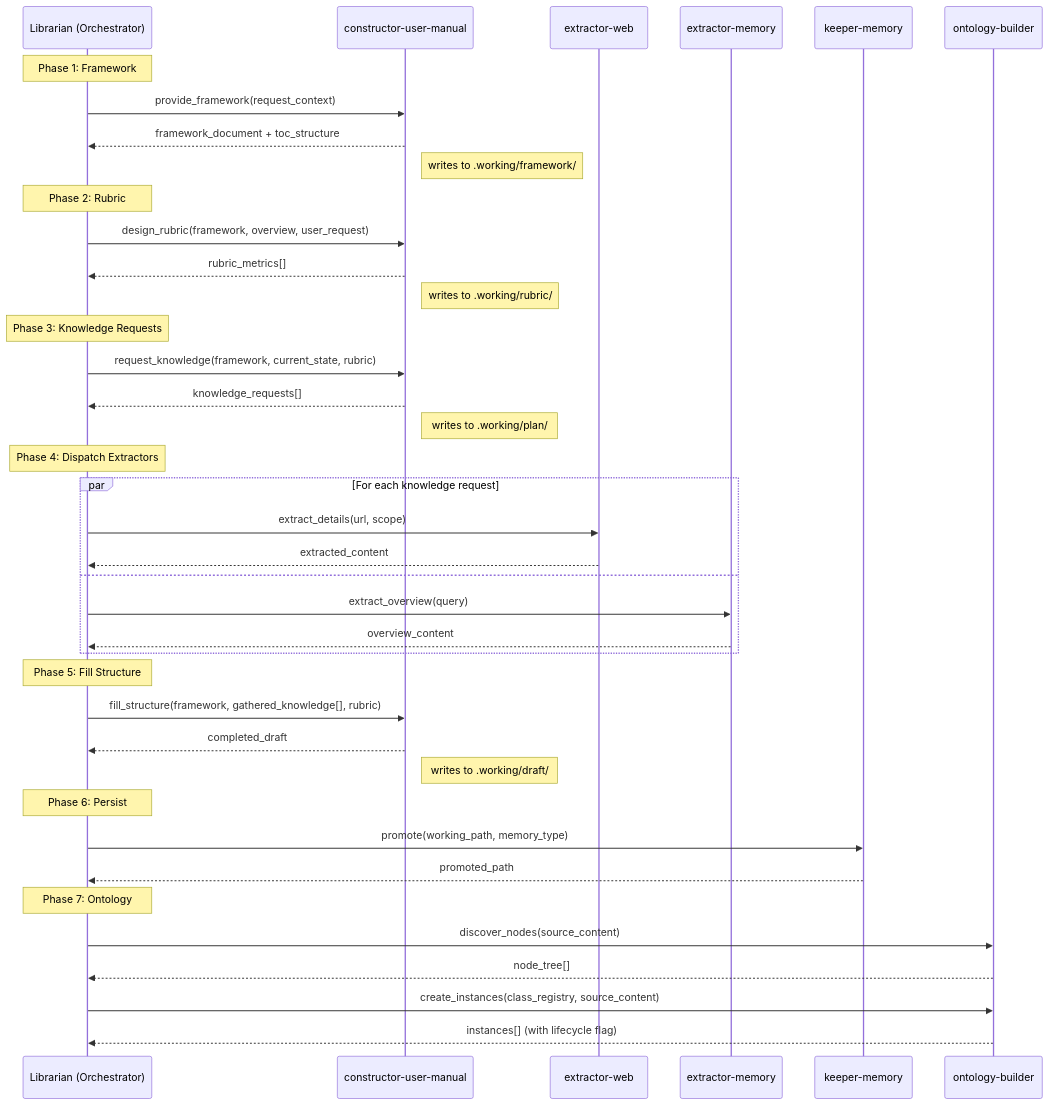
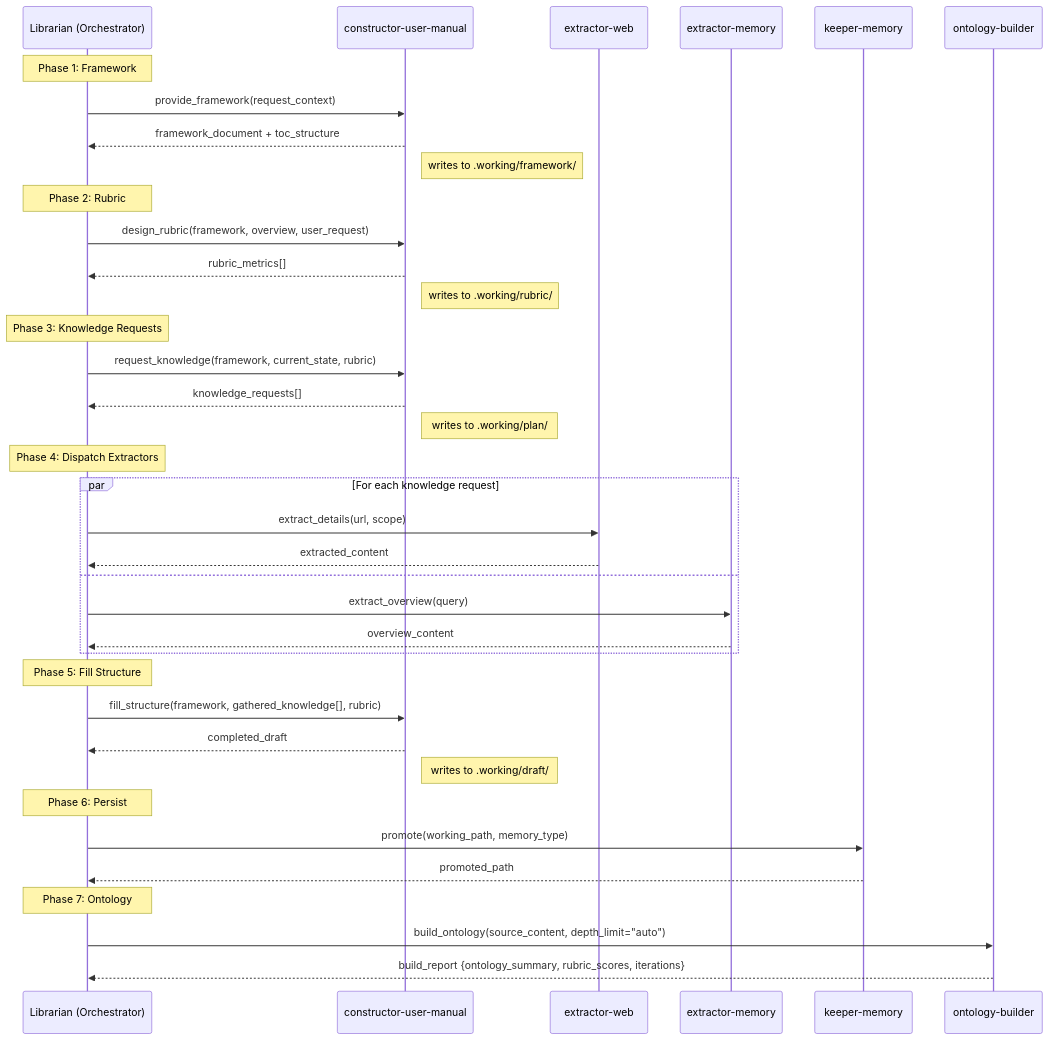
Before and after one commit to Young-Z/X-IPE: the first of 4 diagrams in x-ipe-docs/requirements/EPIC-059/FEATURE-059-C/technical-design.md, drawn with Mermaid. The commit also changed other lines of this file and 3 other files, not shown here.

First line of the commit message:
feat(ontology-builder): redesign to single build_ontology operation

````diff
--- a/x-ipe-docs/requirements/EPIC-059/FEATURE-059-C/technical-design.md
+++ b/x-ipe-docs/requirements/EPIC-059/FEATURE-059-C/technical-design.md
@@ -130,48 +135,46 @@
 ```mermaid
 sequenceDiagram
     participant L as Librarian (Orchestrator)
     participant CUM as constructor-user-manual
     participant EW as extractor-web
     participant EM as extractor-memory
     participant KM as keeper-memory
     participant OB as ontology-builder
 
     Note over L: Phase 1: Framework
     L->>CUM: provide_framework(request_context)
     CUM-->>L: framework_document + toc_structure
     Note right of CUM: writes to .working/framework/
 
     Note over L: Phase 2: Rubric
     L->>CUM: design_rubric(framework, overview, user_request)
     CUM-->>L: rubric_metrics[]
     Note right of CUM: writes to .working/rubric/
 
     Note over L: Phase 3: Knowledge Requests
     L->>CUM: request_knowledge(framework, current_state, rubric)
     CUM-->>L: knowledge_requests[]
     Note right of CUM: writes to .working/plan/
 
     Note over L: Phase 4: Dispatch Extractors
     par For each knowledge request
         L->>EW: extract_details(url, scope)
         EW-->>L: extracted_content
     and
         L->>EM: extract_overview(query)
         EM-->>L: overview_content
     end
 
     Note over L: Phase 5: Fill Structure
     L->>CUM: fill_structure(framework, gathered_knowledge[], rubric)
     CUM-->>L: completed_draft
     Note right of CUM: writes to .working/draft/
 
     Note over L: Phase 6: Persist
     L->>KM: promote(working_path, memory_type)
     KM-->>L: promoted_path
 
     Note over L: Phase 7: Ontology
-    L->>OB: discover_nodes(source_content)
-    OB-->>L: node_tree[]
-    L->>OB: create_instances(class_registry, source_content)
-    OB-->>L: instances[] (with lifecycle flag)
+    L->>OB: build_ontology(source_content, depth_limit="auto")
+    OB-->>L: build_report {ontology_summary, rubric_scores, iterations}
 ```
````
